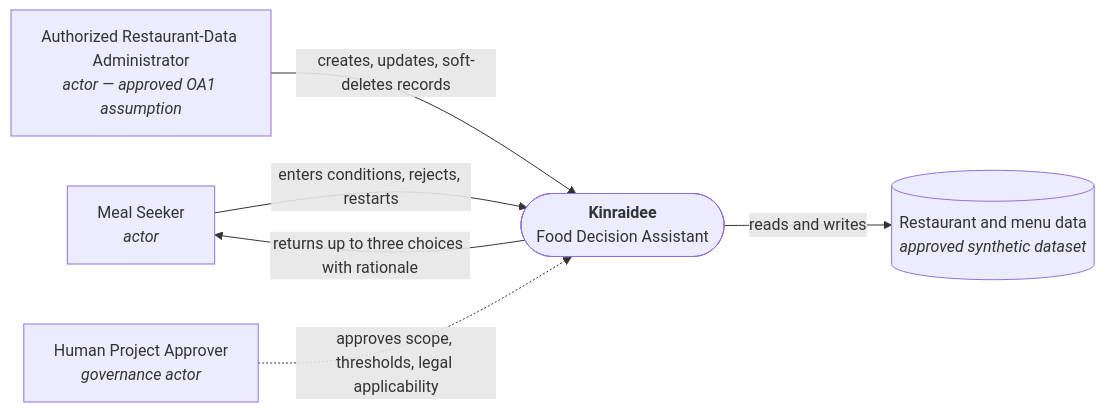
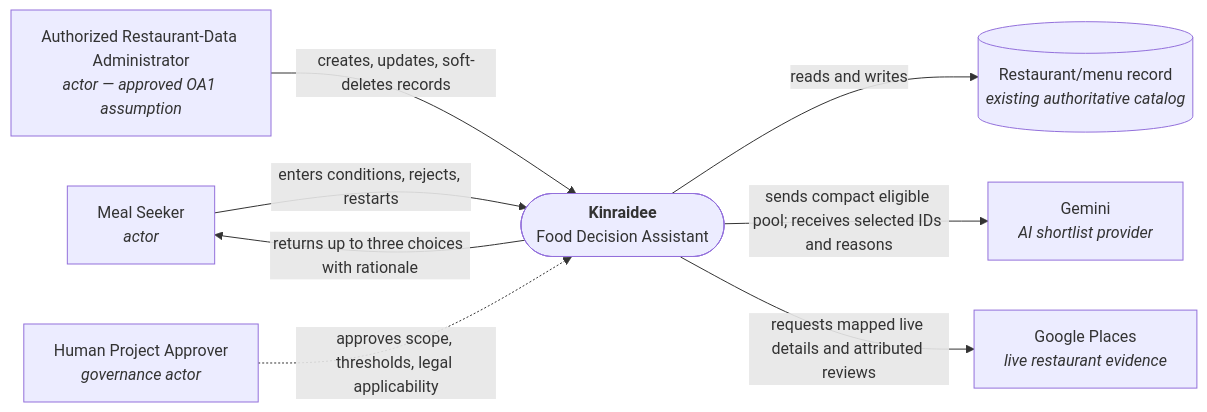
One commit to bear0420-47/Kinraidee changed the first of 3 diagrams in docs/02-design/diagrams.md. Above: the diagram before and after it, drawn with Mermaid. The commit also changed other lines of this file and 85 other files, not shown here.

````diff
--- a/docs/02-design/diagrams.md
+++ b/docs/02-design/diagrams.md
@@ -25,16 +25,20 @@
 ```mermaid
 flowchart LR
   seeker["Meal Seeker<br/><i>actor</i>"]
   admin["Authorized Restaurant-Data Administrator<br/><i>actor — approved OA1 assumption</i>"]
   approver["Human Project Approver<br/><i>governance actor</i>"]
 
   kinraidee(["<b>Kinraidee</b><br/>Food Decision Assistant"])
 
-  data[("Restaurant and menu data<br/><i>approved synthetic dataset</i>")]
+  data[("Restaurant/menu record<br/><i>existing authoritative catalog</i>")]
+  gemini["Gemini<br/><i>AI shortlist provider</i>"]
+  places["Google Places<br/><i>live restaurant evidence</i>"]
 
   seeker -->|"enters conditions, rejects, restarts"| kinraidee
   kinraidee -->|"returns up to three choices with rationale"| seeker
   admin -->|"creates, updates, soft-deletes records"| kinraidee
   kinraidee -->|"reads and writes"| data
+  kinraidee -->|"sends compact eligible pool; receives selected IDs and reasons"| gemini
+  kinraidee -->|"requests mapped live details and attributed reviews"| places
   approver -.->|"approves scope, thresholds, legal applicability"| kinraidee
 ```
````
